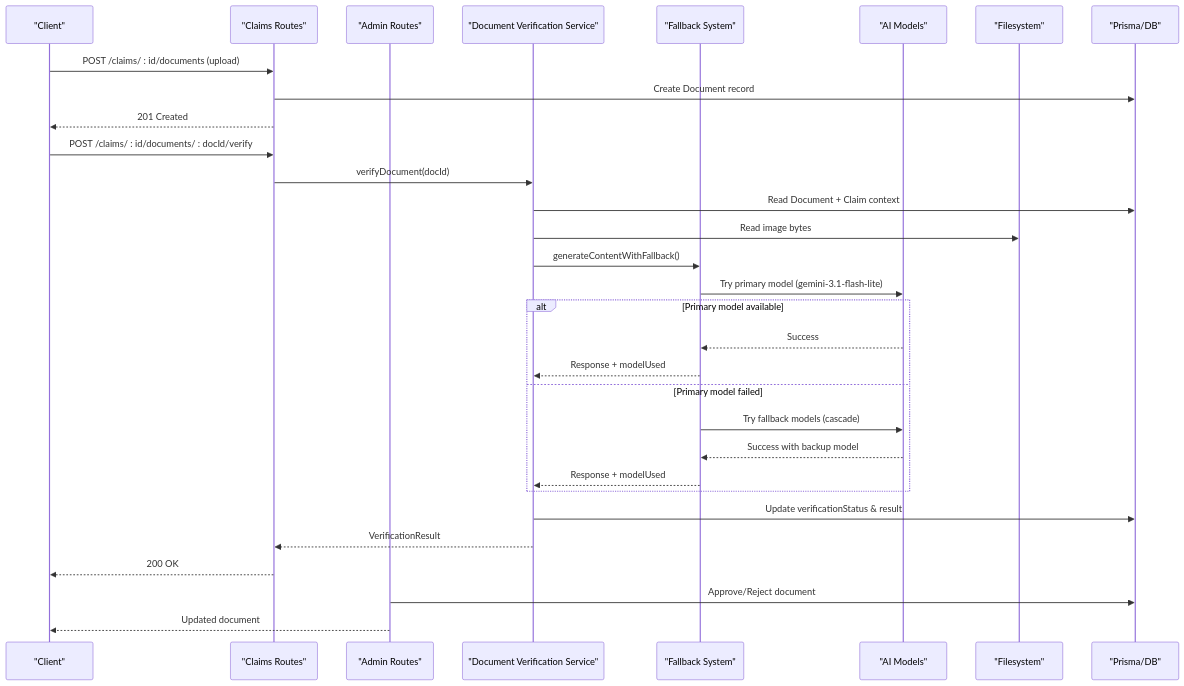
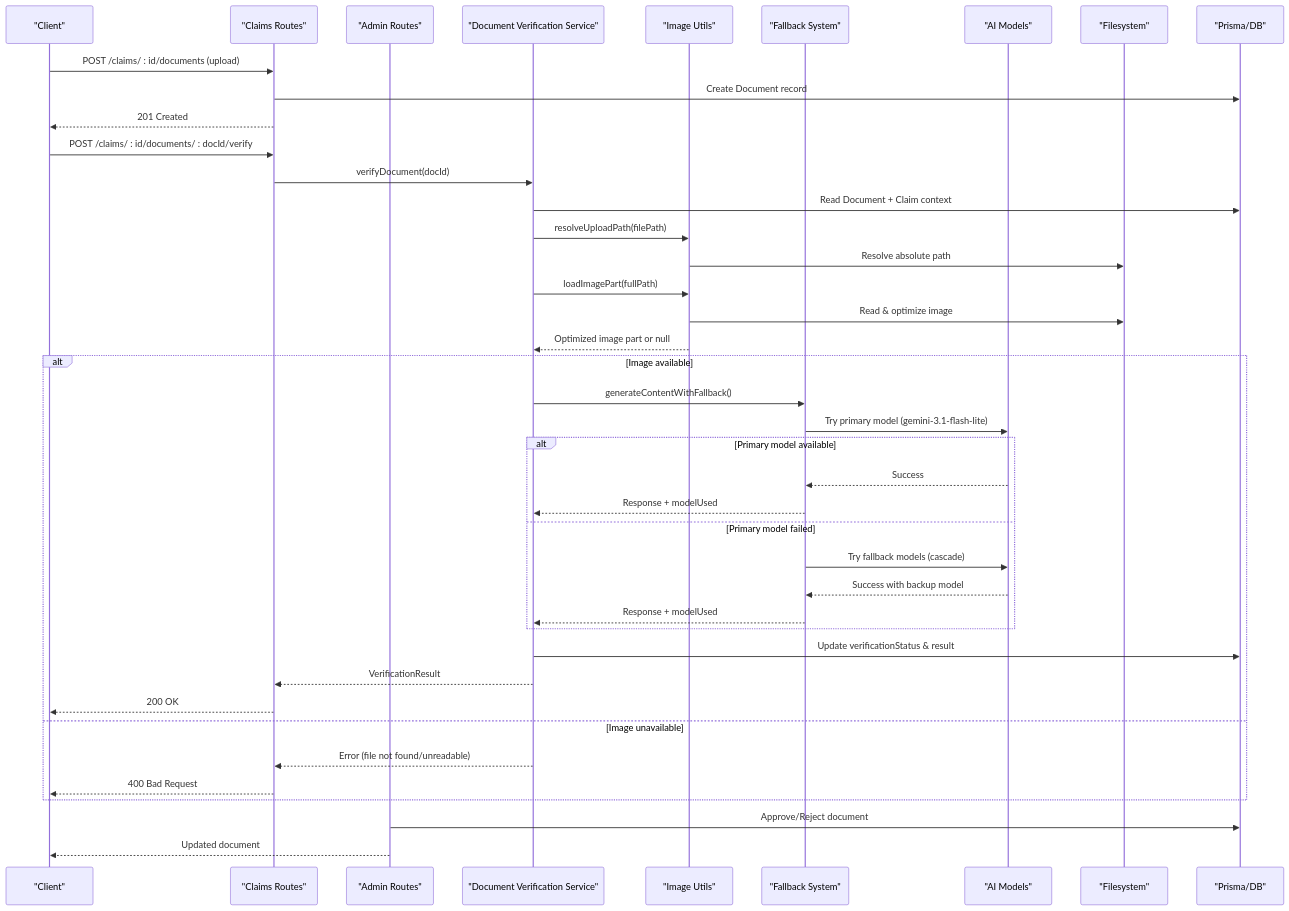
The second of 5 diagrams in .qoder/repowiki/en/content/AI Services Integration/Document Verification Service.md (NaveenHiranya/Smart-Vehicle-Insurance-Claim-System), drawn with Mermaid before and after one commit. The commit also changed other lines of this file and 33 other files, not shown here.

````diff
--- a/.qoder/repowiki/en/content/AI Services Integration/Document Verification Service.md
+++ b/.qoder/repowiki/en/content/AI Services Integration/Document Verification Service.md
@@ -114,33 +137,43 @@
 ```mermaid
 sequenceDiagram
 participant Client as "Client"
 participant ClaimsRoutes as "Claims Routes"
 participant AdminRoutes as "Admin Routes"
 participant DocSvc as "Document Verification Service"
+participant ImgUtils as "Image Utils"
 participant Fallback as "Fallback System"
 participant Models as "AI Models"
 participant FS as "Filesystem"
 participant DB as "Prisma/DB"
 Client->>ClaimsRoutes : POST /claims/ : id/documents (upload)
 ClaimsRoutes->>DB : Create Document record
 ClaimsRoutes-->>Client : 201 Created
 Client->>ClaimsRoutes : POST /claims/ : id/documents/ : docId/verify
 ClaimsRoutes->>DocSvc : verifyDocument(docId)
 DocSvc->>DB : Read Document + Claim context
-DocSvc->>FS : Read image bytes
+DocSvc->>ImgUtils : resolveUploadPath(filePath)
+ImgUtils->>FS : Resolve absolute path
+DocSvc->>ImgUtils : loadImagePart(fullPath)
+ImgUtils->>FS : Read & optimize image
+ImgUtils-->>DocSvc : Optimized image part or null
+alt Image available
 DocSvc->>Fallback : generateContentWithFallback()
 Fallback->>Models : Try primary model (gemini-3.1-flash-lite)
 alt Primary model available
 Models-->>Fallback : Success
 Fallback-->>DocSvc : Response + modelUsed
 else Primary model failed
 Fallback->>Models : Try fallback models (cascade)
 Models-->>Fallback : Success with backup model
 Fallback-->>DocSvc : Response + modelUsed
 end
 DocSvc->>DB : Update verificationStatus & result
 DocSvc-->>ClaimsRoutes : VerificationResult
 ClaimsRoutes-->>Client : 200 OK
+else Image unavailable
+DocSvc-->>ClaimsRoutes : Error (file not found/unreadable)
+ClaimsRoutes-->>Client : 400 Bad Request
+end
 AdminRoutes->>DB : Approve/Reject document
 AdminRoutes-->>Client : Updated document
 ```
````
